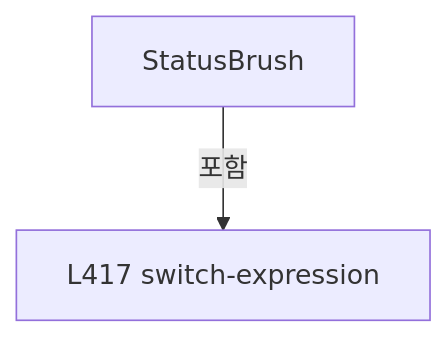
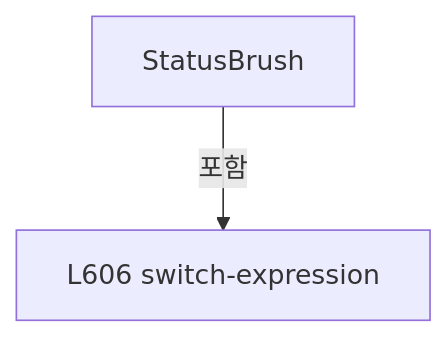
Before and after one commit to kjuws10-rgb/Shared: diagram 13 of 14 in A3 LD Code Ref/files/Drilling.UI/Menu/Menus/CMenuCorrection.ReviewData.cs.md, drawn with Mermaid. The commit also changed other lines of this file and 2071 other files, not shown here.

Commit message:
docs(a3): update 11.19.0 architecture and code reference

````diff
--- a/A3 LD Code Ref/files/Drilling.UI/Menu/Menus/CMenuCorrection.ReviewData.cs.md
+++ b/A3 LD Code Ref/files/Drilling.UI/Menu/Menus/CMenuCorrection.ReviewData.cs.md
@@ -2250,6 +2906,6 @@
 ```mermaid
 flowchart TD
  M["StatusBrush"]
- N0["L417 switch-expression"]
+ N0["L606 switch-expression"]
  M -->|포함| N0
 ```
````
